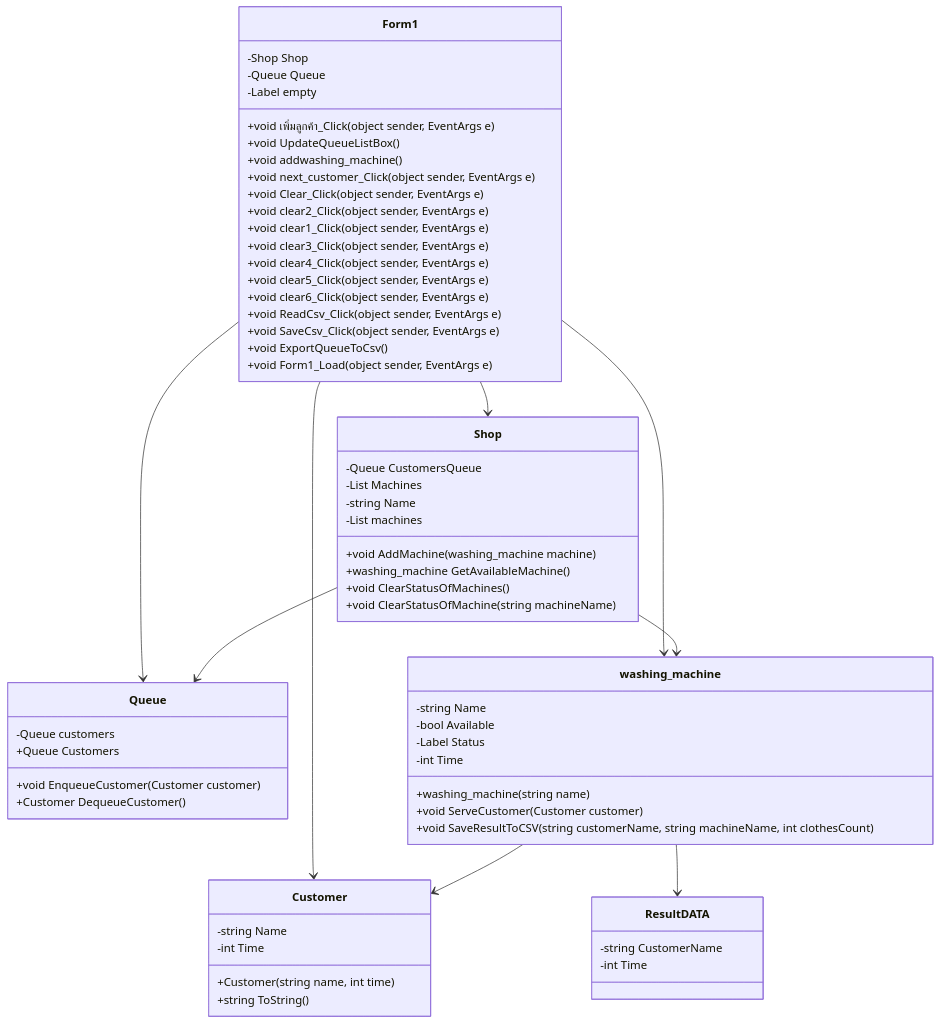
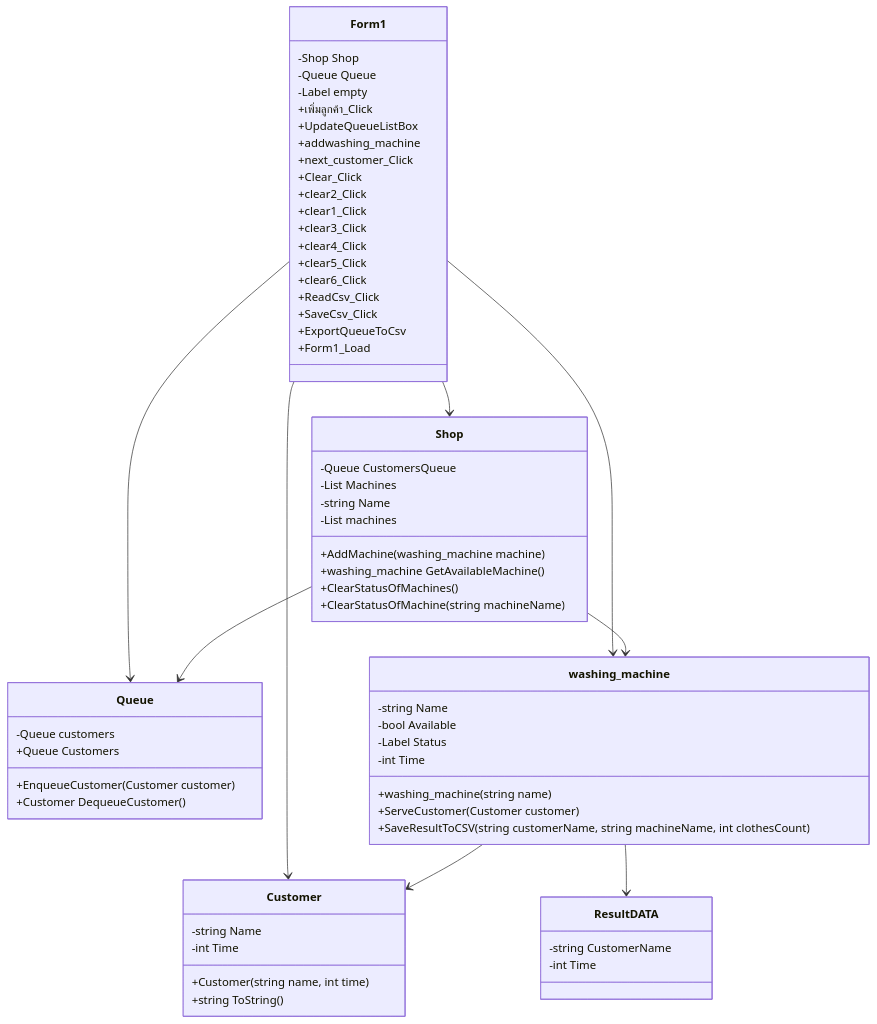
Before and after one commit to Luxkxyz/Project1: the diagram in README.md, drawn with Mermaid.

````diff
--- a/README.md
+++ b/README.md
@@ -40,72 +40,72 @@
 ```mermaid
 classDiagram
     class Form1 {
         -Shop Shop
         -Queue Queue
         -Label empty
-        +void เพิ่มลูกค้า_Click(object sender, EventArgs e)
-        +void UpdateQueueListBox()
-        +void addwashing_machine()
-        +void next_customer_Click(object sender, EventArgs e)
-        +void Clear_Click(object sender, EventArgs e)
-        +void clear2_Click(object sender, EventArgs e)
-        +void clear1_Click(object sender, EventArgs e)
-        +void clear3_Click(object sender, EventArgs e)
-        +void clear4_Click(object sender, EventArgs e)
-        +void clear5_Click(object sender, EventArgs e)
-        +void clear6_Click(object sender, EventArgs e)
-        +void ReadCsv_Click(object sender, EventArgs e)
-        +void SaveCsv_Click(object sender, EventArgs e)
-        +void ExportQueueToCsv()
-        +void Form1_Load(object sender, EventArgs e)
+        +เพิ่มลูกค้า_Click
+        +UpdateQueueListBox
+        +addwashing_machine
+        +next_customer_Click
+        +Clear_Click
+        +clear2_Click
+        +clear1_Click
+        +clear3_Click
+        +clear4_Click
+        +clear5_Click
+        +clear6_Click
+        +ReadCsv_Click
+        +SaveCsv_Click
+        +ExportQueueToCsv
+        +Form1_Load
     }
 
     class Customer {
         -string Name
         -int Time
         +Customer(string name, int time)
         +string ToString()
     }
 
     class Queue {
         -Queue<Customer> customers
-        +void EnqueueCustomer(Customer customer)
+        +EnqueueCustomer(Customer customer)
         +Customer DequeueCustomer()
         +Queue<Customer> Customers
     }
 
     class washing_machine {
         -string Name
         -bool Available
         -Label Status
         -int Time
         +washing_machine(string name)
-        +void ServeCustomer(Customer customer)
-        +void SaveResultToCSV(string customerName, string machineName, int clothesCount)
+        +ServeCustomer(Customer customer)
+        +SaveResultToCSV(string customerName, string machineName, int clothesCount)
     }
 
     class Shop {
         -Queue<Customer> CustomersQueue
         -List<washing_machine> Machines
         -string Name
         -List<washing_machine> machines
-        +void AddMachine(washing_machine machine)
+        +AddMachine(washing_machine machine)
         +washing_machine GetAvailableMachine()
-        +void ClearStatusOfMachines()
-        +void ClearStatusOfMachine(string machineName)
+        +ClearStatusOfMachines()
+        +ClearStatusOfMachine(string machineName)
     }
 
     class ResultDATA {
         -string CustomerName
         -int Time
     }
 
     Form1 --> Shop
     Form1 --> Queue
     Form1 --> Customer
     Form1 --> washing_machine
     Shop --> Queue
     Shop --> washing_machine
     washing_machine --> Customer
     washing_machine --> ResultDATA
 ```
````
